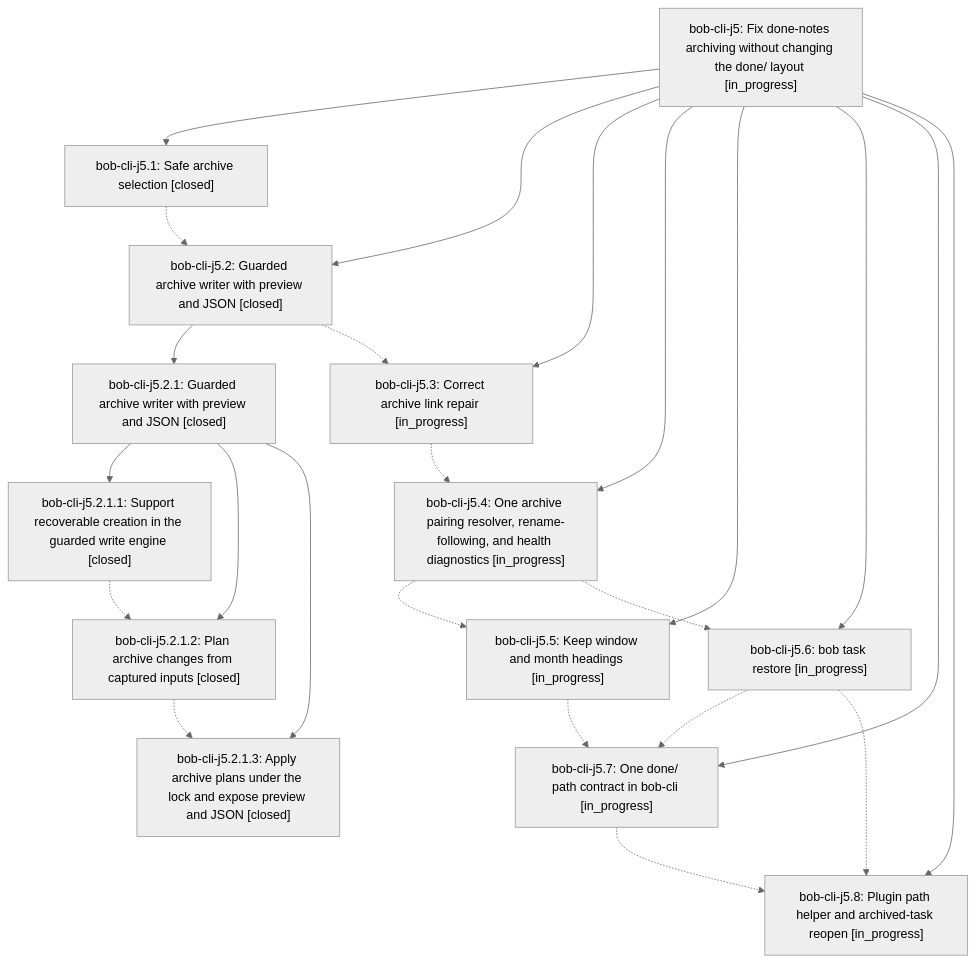
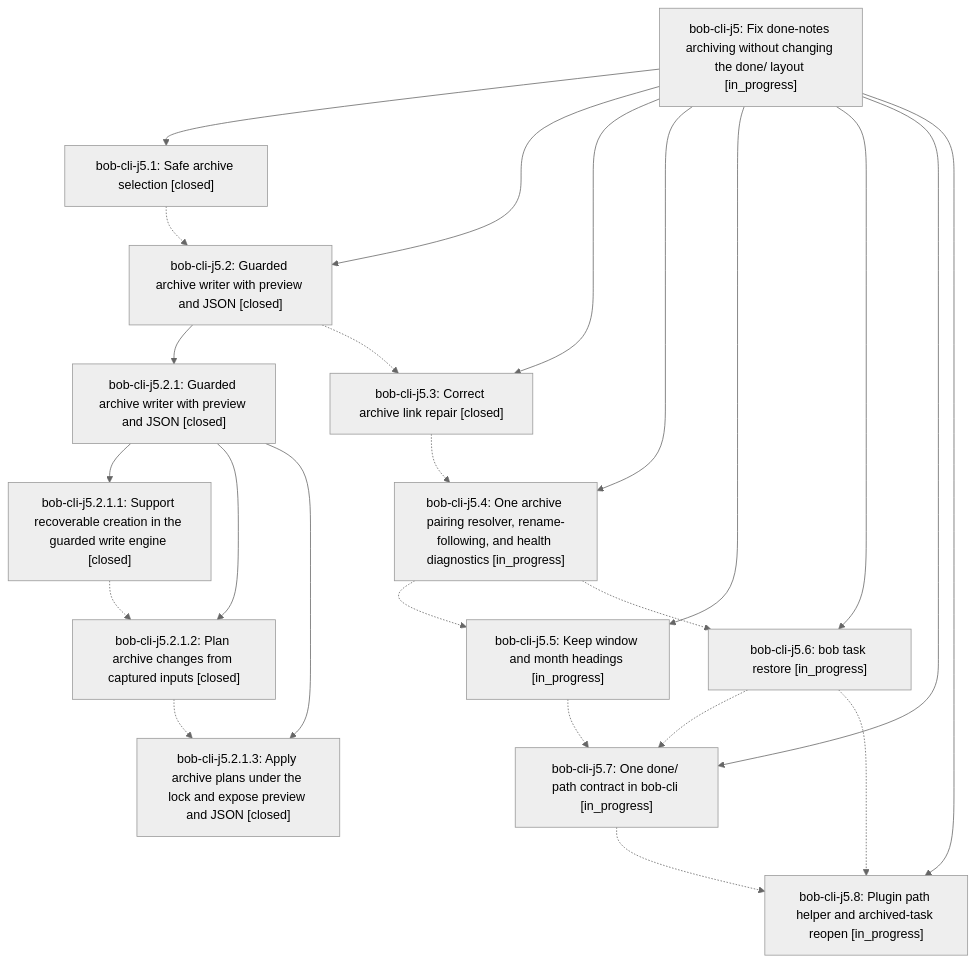
One commit to bobs-org/bob-cli--beads changed the diagram in pages/bob-cli-j5/README.md. Above: the diagram before and after it, drawn with Mermaid (neutral theme). The commit also changed other lines of this file and 4 other files, not shown here.

First line of the commit message:
chore(beads): sync bead state and pages for bob-cli-j5

````diff
--- a/pages/bob-cli-j5/README.md
+++ b/pages/bob-cli-j5/README.md
@@ -41,39 +41,39 @@
 ```mermaid
 flowchart TD
     n0["bob-cli-j5: Fix done-notes archiving without changing the done/ layout [in_progress]"]
     n1["bob-cli-j5.1: Safe archive selection [closed]"]
     n2["bob-cli-j5.2: Guarded archive writer with preview and JSON [closed]"]
     n3["bob-cli-j5.2.1: Guarded archive writer with preview and JSON [closed]"]
     n4["bob-cli-j5.2.1.1: Support recoverable creation in the guarded write engine [closed]"]
     n5["bob-cli-j5.2.1.2: Plan archive changes from captured inputs [closed]"]
     n6["bob-cli-j5.2.1.3: Apply archive plans under the lock and expose preview and JSON [closed]"]
-    n7["bob-cli-j5.3: Correct archive link repair [in_progress]"]
+    n7["bob-cli-j5.3: Correct archive link repair [closed]"]
     n8["bob-cli-j5.4: One archive pairing resolver, rename-following, and health diagnostics [in_progress]"]
     n9["bob-cli-j5.5: Keep window and month headings [in_progress]"]
     n10["bob-cli-j5.6: bob task restore [in_progress]"]
     n11["bob-cli-j5.7: One done/ path contract in bob-cli [in_progress]"]
     n12["bob-cli-j5.8: Plugin path helper and archived-task reopen [in_progress]"]
     n0 --> n1
     n0 --> n2
     n2 --> n3
     n3 --> n4
     n3 --> n5
     n3 --> n6
     n0 --> n7
     n0 --> n8
     n0 --> n9
     n0 --> n10
     n0 --> n11
     n0 --> n12
     n1 -.-> n2
     n2 -.-> n7
     n4 -.-> n5
     n5 -.-> n6
     n7 -.-> n8
     n8 -.-> n9
     n8 -.-> n10
     n9 -.-> n11
     n10 -.-> n11
     n10 -.-> n12
     n11 -.-> n12
 ```
````
